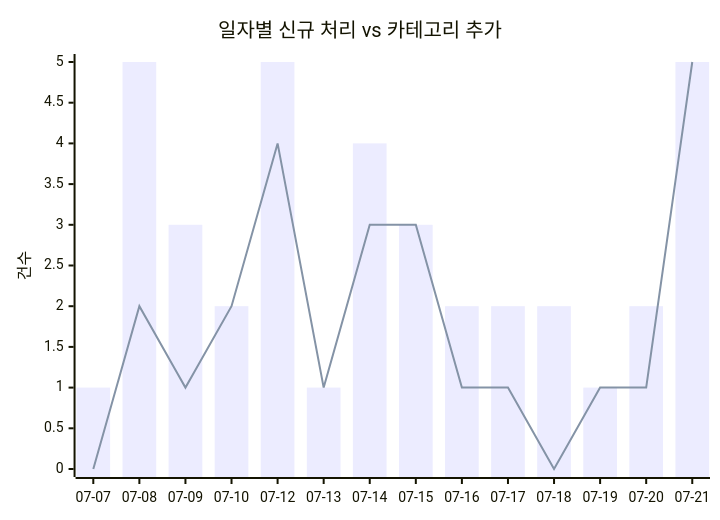
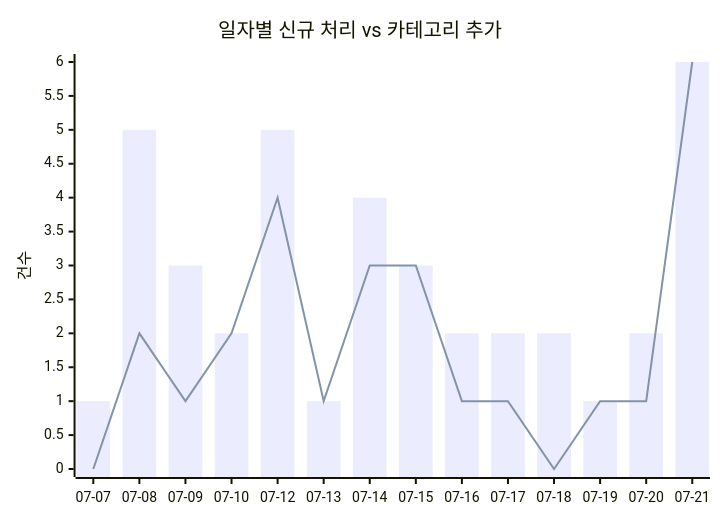
The first of 2 diagrams in docs/trends.md (J-nowcow/awesome-korean-agent-skills), drawn with Mermaid before and after one commit. The commit also changed other lines of this file and 3 other files, not shown here.

````diff
--- a/docs/trends.md
+++ b/docs/trends.md
@@ -32,8 +32,8 @@
 ```mermaid
 xychart-beta
     title "일자별 신규 처리 vs 카테고리 추가"
     x-axis ["07-07","07-08","07-09","07-10","07-12","07-13","07-14","07-15","07-16","07-17","07-18","07-19","07-20","07-21"]
     y-axis "건수"
-    bar [1,5,3,2,5,1,4,3,2,2,2,1,2,5]
-    line [0,2,1,2,4,1,3,3,1,1,0,1,1,5]
+    bar [1,5,3,2,5,1,4,3,2,2,2,1,2,6]
+    line [0,2,1,2,4,1,3,3,1,1,0,1,1,6]
 ```
````
